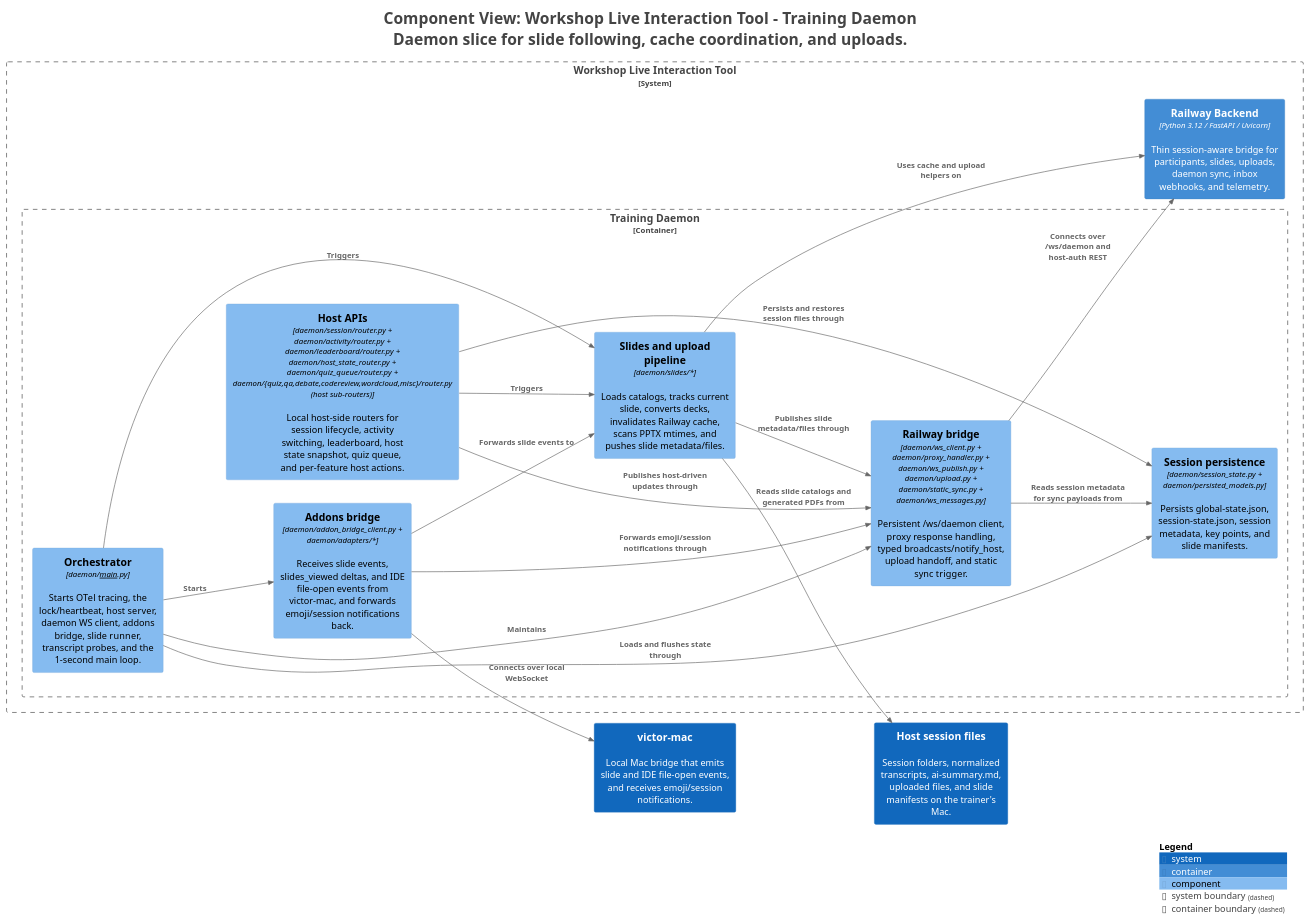
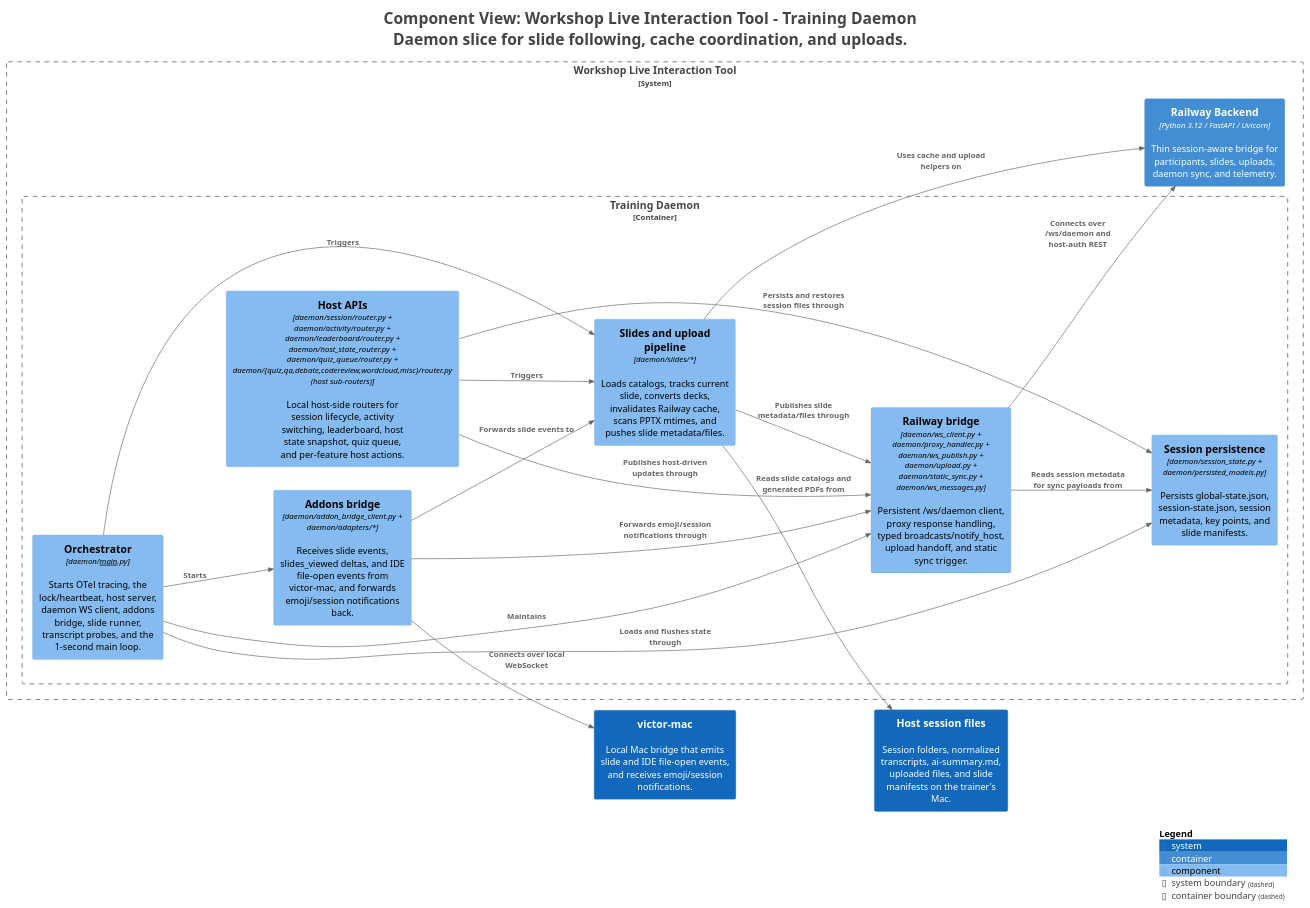
The diagram in docs/c4views/C3-Daemon-Slides.puml (victorrentea/training-assistant), drawn with PlantUML before and after one commit. The commit also changed 45 other files, not shown here.

```diff
--- a/docs/c4views/C3-Daemon-Slides.puml
+++ b/docs/c4views/C3-Daemon-Slides.puml
@@ -1,53 +1,53 @@
 @startuml
 title <size:24>Component View: Workshop Live Interaction Tool - Training Daemon</size>\n<size:24>Daemon slice for slide following, cache coordination, and uploads.</size>
 
 set separator none
 left to right direction
 
 <style>
   root {
     BackgroundColor: #ffffff
     FontColor: #444444
   }
 </style>
 
 !include <C4/C4>
 !include <C4/C4_Context>
 !include <C4/C4_Container>
 !include <C4/C4_Component>
 
-System(victormacosaddons, "victor-mac", $descr="Local Mac bridge that emits slide and IDE file-open events, and receives emoji/session notifications.", $tags="", $link="")
+System(victormac, "victor-mac", $descr="Local Mac bridge that emits slide and IDE file-open events, and receives emoji/session notifications.", $tags="", $link="")
 System(Hostsessionfiles, "Host session files", $descr="Session folders, normalized transcripts, ai-summary.md, uploaded files, and slide manifests on the trainer's Mac.", $tags="", $link="")
 
 System_Boundary("WorkshopLiveInteractionTool_boundary", "Workshop Live Interaction Tool", $tags="") {
   Container_Boundary("WorkshopLiveInteractionTool.TrainingDaemon_boundary", "Training Daemon", $tags="") {
     Component(WorkshopLiveInteractionTool.TrainingDaemon.Orchestrator, "Orchestrator", $techn="daemon/__main__.py", $descr="Starts OTel tracing, the lock/heartbeat, host server, daemon WS client, addons bridge, slide runner, transcript probes, and the 1-second main loop.", $tags="", $link="")
     Component(WorkshopLiveInteractionTool.TrainingDaemon.HostAPIs, "Host APIs", $techn="daemon/session/router.py + daemon/activity/router.py + daemon/leaderboard/router.py + daemon/host_state_router.py + daemon/quiz_queue/router.py + daemon/{quiz,qa,debate,codereview,wordcloud,misc}/router.py (host sub-routers)", $descr="Local host-side routers for session lifecycle, activity switching, leaderboard, host state snapshot, quiz queue, and per-feature host actions.", $tags="", $link="")
     Component(WorkshopLiveInteractionTool.TrainingDaemon.Railwaybridge, "Railway bridge", $techn="daemon/ws_client.py + daemon/proxy_handler.py + daemon/ws_publish.py + daemon/upload.py + daemon/static_sync.py + daemon/ws_messages.py", $descr="Persistent /ws/daemon client, proxy response handling, typed broadcasts/notify_host, upload handoff, and static sync trigger.", $tags="", $link="")
     Component(WorkshopLiveInteractionTool.TrainingDaemon.Sessionpersistence, "Session persistence", $techn="daemon/session_state.py + daemon/persisted_models.py", $descr="Persists global-state.json, session-state.json, session metadata, key points, and slide manifests.", $tags="", $link="")
     Component(WorkshopLiveInteractionTool.TrainingDaemon.Slidesanduploadpipeline, "Slides and upload pipeline", $techn="daemon/slides/*", $descr="Loads catalogs, tracks current slide, converts decks, invalidates Railway cache, scans PPTX mtimes, and pushes slide metadata/files.", $tags="", $link="")
     Component(WorkshopLiveInteractionTool.TrainingDaemon.Addonsbridge, "Addons bridge", $techn="daemon/addon_bridge_client.py + daemon/adapters/*", $descr="Receives slide events, slides_viewed deltas, and IDE file-open events from victor-mac, and forwards emoji/session notifications back.", $tags="", $link="")
   }
 
-  Container(WorkshopLiveInteractionTool.RailwayBackend, "Railway Backend", $techn="Python 3.12 / FastAPI / Uvicorn", $descr="Thin session-aware bridge for participants, slides, uploads, daemon sync, inbox webhooks, and telemetry.", $tags="", $link="")
+  Container(WorkshopLiveInteractionTool.RailwayBackend, "Railway Backend", $techn="Python 3.12 / FastAPI / Uvicorn", $descr="Thin session-aware bridge for participants, slides, uploads, daemon sync, and telemetry.", $tags="", $link="")
 }
 
-Rel(WorkshopLiveInteractionTool.TrainingDaemon.Orchestrator, WorkshopLiveInteractionTool.TrainingDaemon.Addonsbridge, "Starts", $techn="", $tags="", $link="")
 Rel(WorkshopLiveInteractionTool.TrainingDaemon.HostAPIs, WorkshopLiveInteractionTool.TrainingDaemon.Railwaybridge, "Publishes host-driven updates through", $techn="", $tags="", $link="")
 Rel(WorkshopLiveInteractionTool.TrainingDaemon.HostAPIs, WorkshopLiveInteractionTool.TrainingDaemon.Sessionpersistence, "Persists and restores session files through", $techn="", $tags="", $link="")
 Rel(WorkshopLiveInteractionTool.TrainingDaemon.HostAPIs, WorkshopLiveInteractionTool.TrainingDaemon.Slidesanduploadpipeline, "Triggers", $techn="", $tags="", $link="")
 Rel(WorkshopLiveInteractionTool.TrainingDaemon.Railwaybridge, WorkshopLiveInteractionTool.RailwayBackend, "Connects over /ws/daemon and host-auth REST", $techn="", $tags="", $link="")
 Rel(WorkshopLiveInteractionTool.TrainingDaemon.Railwaybridge, WorkshopLiveInteractionTool.TrainingDaemon.Sessionpersistence, "Reads session metadata for sync payloads from", $techn="", $tags="", $link="")
 Rel(WorkshopLiveInteractionTool.TrainingDaemon.Slidesanduploadpipeline, Hostsessionfiles, "Reads slide catalogs and generated PDFs from", $techn="", $tags="", $link="")
 Rel(WorkshopLiveInteractionTool.TrainingDaemon.Slidesanduploadpipeline, WorkshopLiveInteractionTool.TrainingDaemon.Railwaybridge, "Publishes slide metadata/files through", $techn="", $tags="", $link="")
 Rel(WorkshopLiveInteractionTool.TrainingDaemon.Slidesanduploadpipeline, WorkshopLiveInteractionTool.RailwayBackend, "Uses cache and upload helpers on", $techn="", $tags="", $link="")
-Rel(WorkshopLiveInteractionTool.TrainingDaemon.Addonsbridge, victormacosaddons, "Connects over local WebSocket", $techn="", $tags="", $link="")
+Rel(WorkshopLiveInteractionTool.TrainingDaemon.Addonsbridge, victormac, "Connects over local WebSocket", $techn="", $tags="", $link="")
 Rel(WorkshopLiveInteractionTool.TrainingDaemon.Addonsbridge, WorkshopLiveInteractionTool.TrainingDaemon.Slidesanduploadpipeline, "Forwards slide events to", $techn="", $tags="", $link="")
 Rel(WorkshopLiveInteractionTool.TrainingDaemon.Addonsbridge, WorkshopLiveInteractionTool.TrainingDaemon.Railwaybridge, "Forwards emoji/session notifications through", $techn="", $tags="", $link="")
 Rel(WorkshopLiveInteractionTool.TrainingDaemon.Orchestrator, WorkshopLiveInteractionTool.TrainingDaemon.Railwaybridge, "Maintains", $techn="", $tags="", $link="")
 Rel(WorkshopLiveInteractionTool.TrainingDaemon.Orchestrator, WorkshopLiveInteractionTool.TrainingDaemon.Sessionpersistence, "Loads and flushes state through", $techn="", $tags="", $link="")
 Rel(WorkshopLiveInteractionTool.TrainingDaemon.Orchestrator, WorkshopLiveInteractionTool.TrainingDaemon.Slidesanduploadpipeline, "Triggers", $techn="", $tags="", $link="")
+Rel(WorkshopLiveInteractionTool.TrainingDaemon.Orchestrator, WorkshopLiveInteractionTool.TrainingDaemon.Addonsbridge, "Starts", $techn="", $tags="", $link="")
 
 SHOW_LEGEND(true)
 hide stereotypes
 @enduml
```
